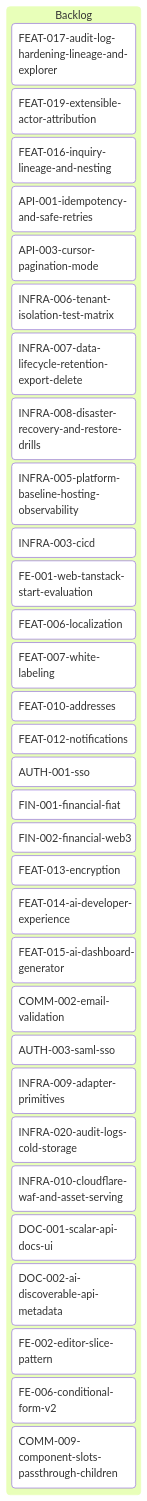
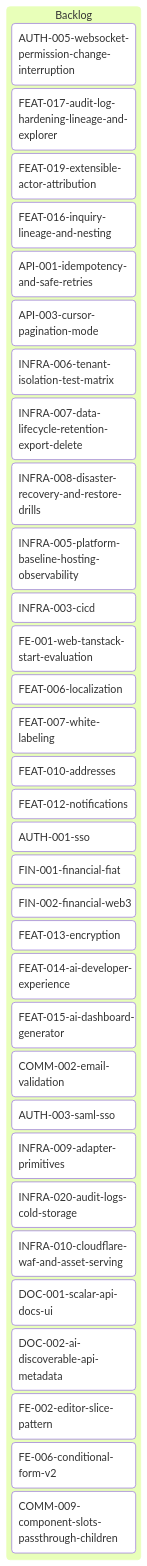
One commit to inixiative/template changed the diagram in tickets/kanban-backlog.md. Above: the diagram before and after it, drawn with Mermaid. The commit also changed other lines of this file and 4 other files, not shown here.

````diff
--- a/tickets/kanban-backlog.md
+++ b/tickets/kanban-backlog.md
@@ -3,40 +3,41 @@
 ```mermaid
 ---
 config:
   kanban:
     ticketBaseUrl: 'https://github.com/yourorg/template/blob/main/tickets/#TICKET#'
 ---
 kanban
   Backlog
+    AUTH-005-websocket-permission-change-interruption
     FEAT-017-audit-log-hardening-lineage-and-explorer
     FEAT-019-extensible-actor-attribution
     FEAT-016-inquiry-lineage-and-nesting
     API-001-idempotency-and-safe-retries
     API-003-cursor-pagination-mode
     INFRA-006-tenant-isolation-test-matrix
     INFRA-007-data-lifecycle-retention-export-delete
     INFRA-008-disaster-recovery-and-restore-drills
     INFRA-005-platform-baseline-hosting-observability
     INFRA-003-cicd
     FE-001-web-tanstack-start-evaluation
     FEAT-006-localization
     FEAT-007-white-labeling
     FEAT-010-addresses
     FEAT-012-notifications
     AUTH-001-sso
     FIN-001-financial-fiat
     FIN-002-financial-web3
     FEAT-013-encryption
     FEAT-014-ai-developer-experience
     FEAT-015-ai-dashboard-generator
     COMM-002-email-validation
     AUTH-003-saml-sso
     INFRA-009-adapter-primitives
     INFRA-020-audit-logs-cold-storage
     INFRA-010-cloudflare-waf-and-asset-serving
     DOC-001-scalar-api-docs-ui
     DOC-002-ai-discoverable-api-metadata
     FE-002-editor-slice-pattern
     FE-006-conditional-form-v2
     COMM-009-component-slots-passthrough-children
 ```
````
